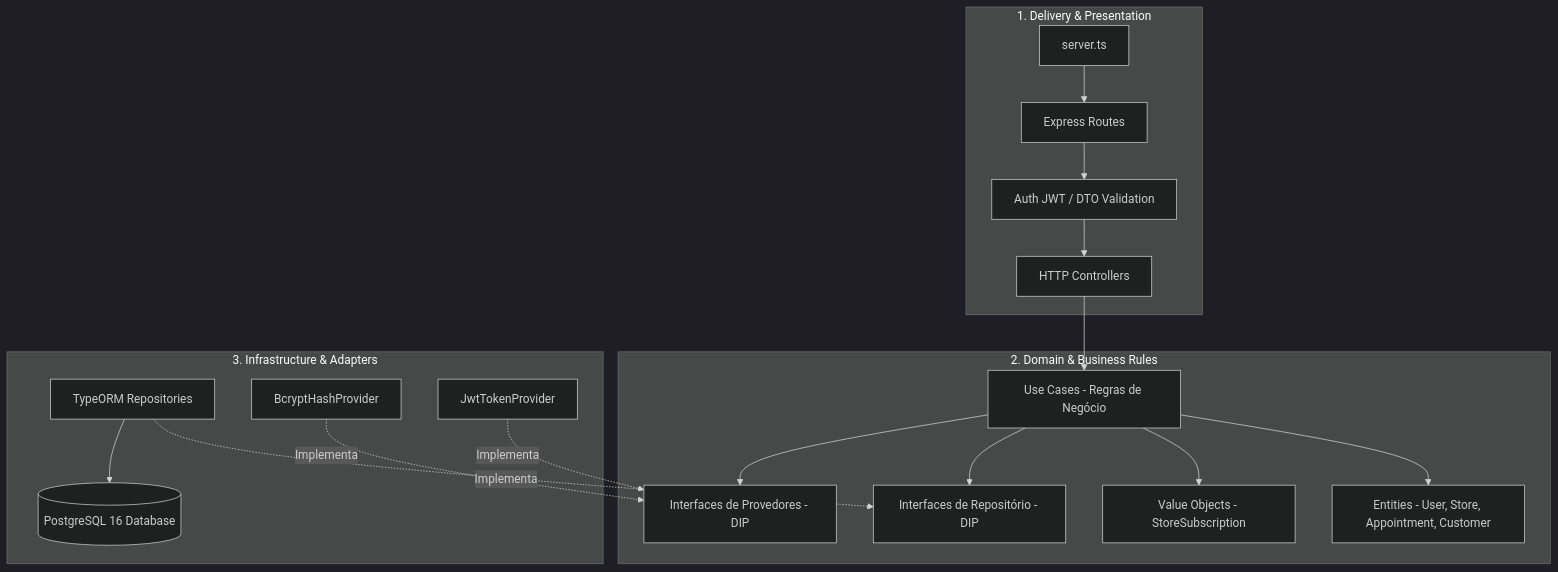
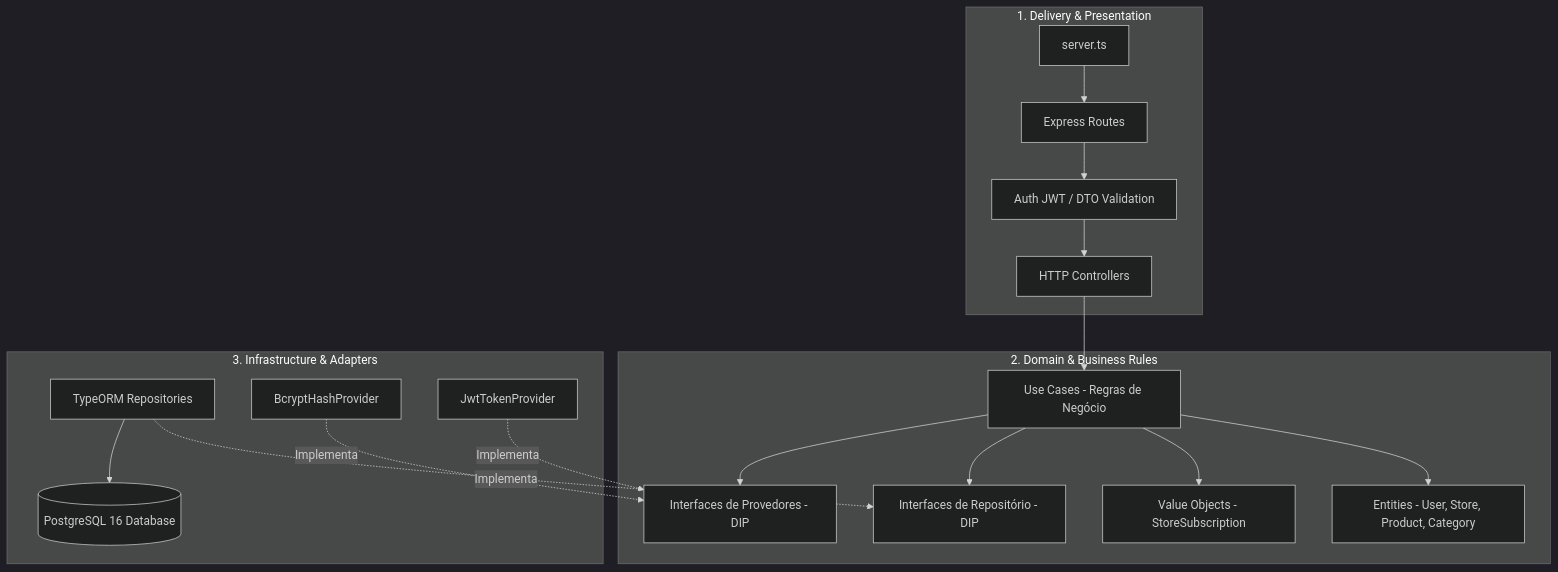
Before and after one commit to Gee152/app_express: the first of 2 diagrams in README.md, drawn with Mermaid (dark theme). The commit also changed other lines of this file and 1 other file, not shown here.

````diff
--- a/README.md
+++ b/README.md
@@ -73,24 +70,24 @@
 ```mermaid
 graph TD
     subgraph 1_Delivery [1. Delivery & Presentation]
         Server[server.ts] --> Routes[Express Routes]
         Routes --> Middlewares[Auth JWT / DTO Validation]
         Middlewares --> Controllers[HTTP Controllers]
     end
 
     subgraph 2_Domain [2. Domain & Business Rules]
         Controllers --> UseCases[Use Cases - Regras de Negócio]
-        UseCases --> Entities[Entities - User, Store, Appointment, Customer]
+        UseCases --> Entities[Entities - User, Store, Product, Category]
         UseCases --> VOs[Value Objects - StoreSubscription]
         UseCases --> ReposContracts[Interfaces de Repositório - DIP]
         UseCases --> ProvidersContracts[Interfaces de Provedores - DIP]
     end
 
     subgraph 3_Infrastructure [3. Infrastructure & Adapters]
         TypeOrmRepo[TypeORM Repositories] -.->|Implementa| ReposContracts
         BcryptProv[BcryptHashProvider] -.->|Implementa| ProvidersContracts
         JwtProv[JwtTokenProvider] -.->|Implementa| ProvidersContracts
         Postgres[(PostgreSQL 16 Database)]
         TypeOrmRepo --> Postgres
     end
 ```
````
